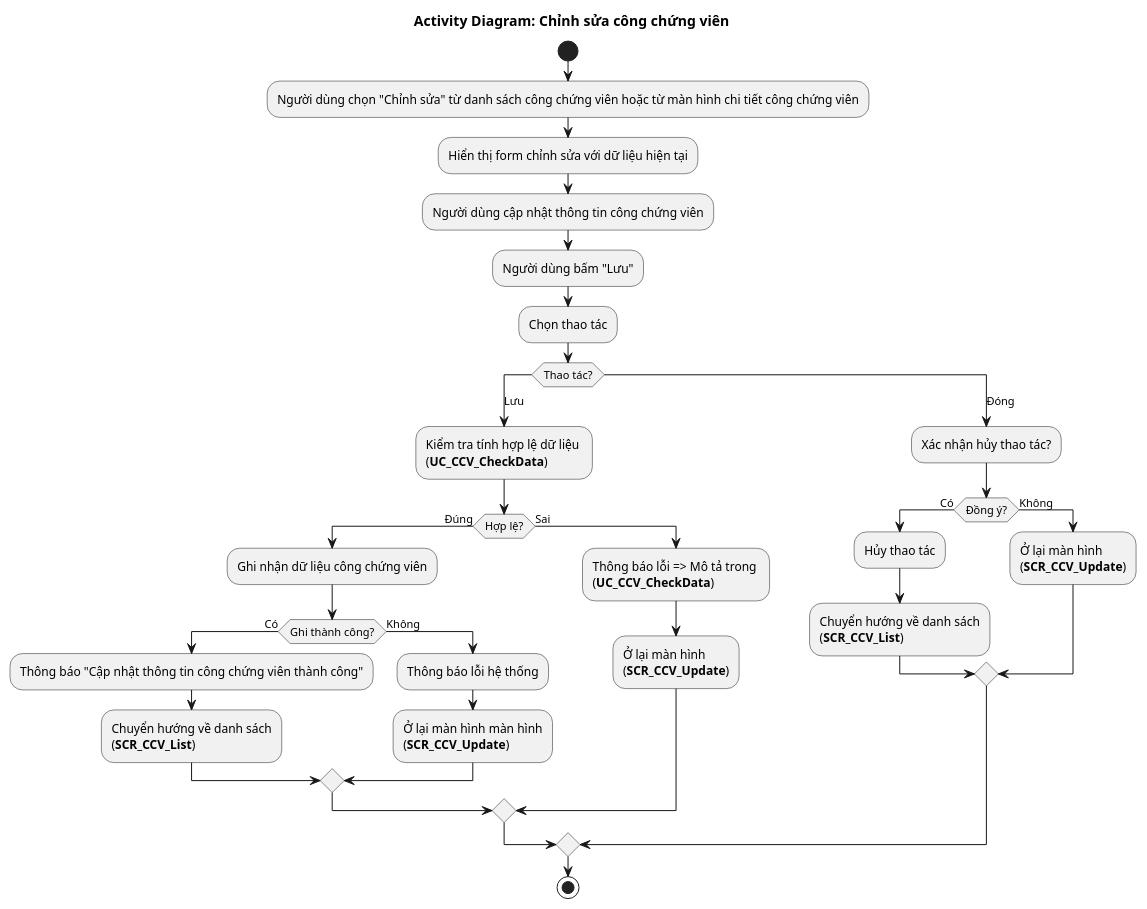
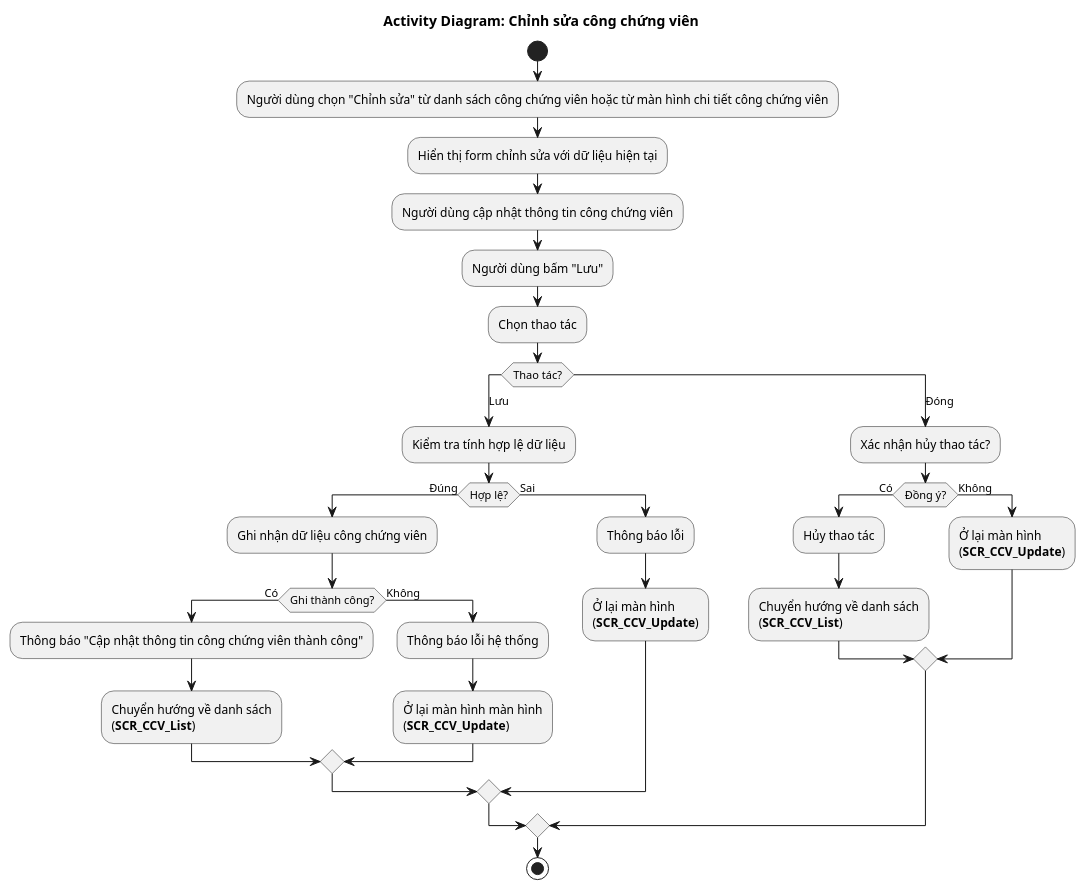
Before and after one commit to phuongpm23/nds-docs-test: the diagram in ba/[NDS-E-00046] Quản lý thông tin công chứng viên/4.usecases/[NDS-U-00051] ChinhSua/AD_CCV_Update.puml, drawn with PlantUML. The commit also changed 51 other files, not shown here.

```diff
--- a/ba/[NDS-E-00046] Quản lý thông tin công chứng viên/4.usecases/[NDS-U-00051] ChinhSua/AD_CCV_Update.puml
+++ b/ba/[NDS-E-00046] Quản lý thông tin công chứng viên/4.usecases/[NDS-U-00051] ChinhSua/AD_CCV_Update.puml
@@ -1,36 +1,36 @@
 @startuml AD_CCV_Update
 title Activity Diagram: Chỉnh sửa công chứng viên
 
 start
 :Người dùng chọn "Chỉnh sửa" từ danh sách công chứng viên hoặc từ màn hình chi tiết công chứng viên;
 :Hiển thị form chỉnh sửa với dữ liệu hiện tại;
 :Người dùng cập nhật thông tin công chứng viên;
 :Người dùng bấm "Lưu";
 :Chọn thao tác;
   switch (Thao tác?)
     case (Lưu)
-      :Kiểm tra tính hợp lệ dữ liệu \n(**UC_CCV_CheckData**);
+      :Kiểm tra tính hợp lệ dữ liệu;
       if (Hợp lệ?) then (Đúng)
         :Ghi nhận dữ liệu công chứng viên;
           if (Ghi thành công?) then (Có)
             :Thông báo "Cập nhật thông tin công chứng viên thành công";
             :Chuyển hướng về danh sách\n(**SCR_CCV_List**);
           else (Không)
             :Thông báo lỗi hệ thống;
             :Ở lại màn hình màn hình\n(**SCR_CCV_Update**);
           endif
       else (Sai)
-        :Thông báo lỗi => Mô tả trong \n(**UC_CCV_CheckData**);
+        :Thông báo lỗi;
         :Ở lại màn hình\n(**SCR_CCV_Update**);
       endif
     case (Đóng)
       :Xác nhận hủy thao tác?;
       if (Đồng ý?) then (Có)
         :Hủy thao tác;
         :Chuyển hướng về danh sách\n(**SCR_CCV_List**);
       else (Không)
         :Ở lại màn hình\n(**SCR_CCV_Update**);
       endif
   endswitch
   stop
 @enduml
```
